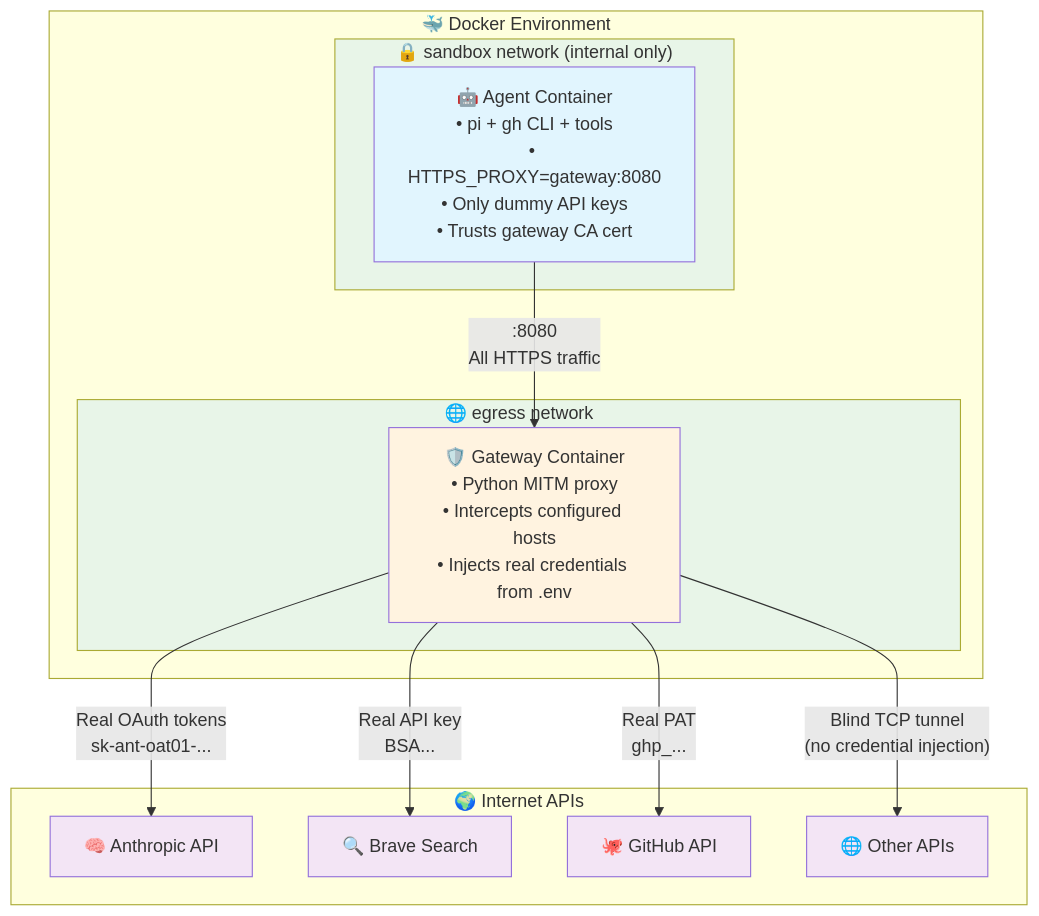
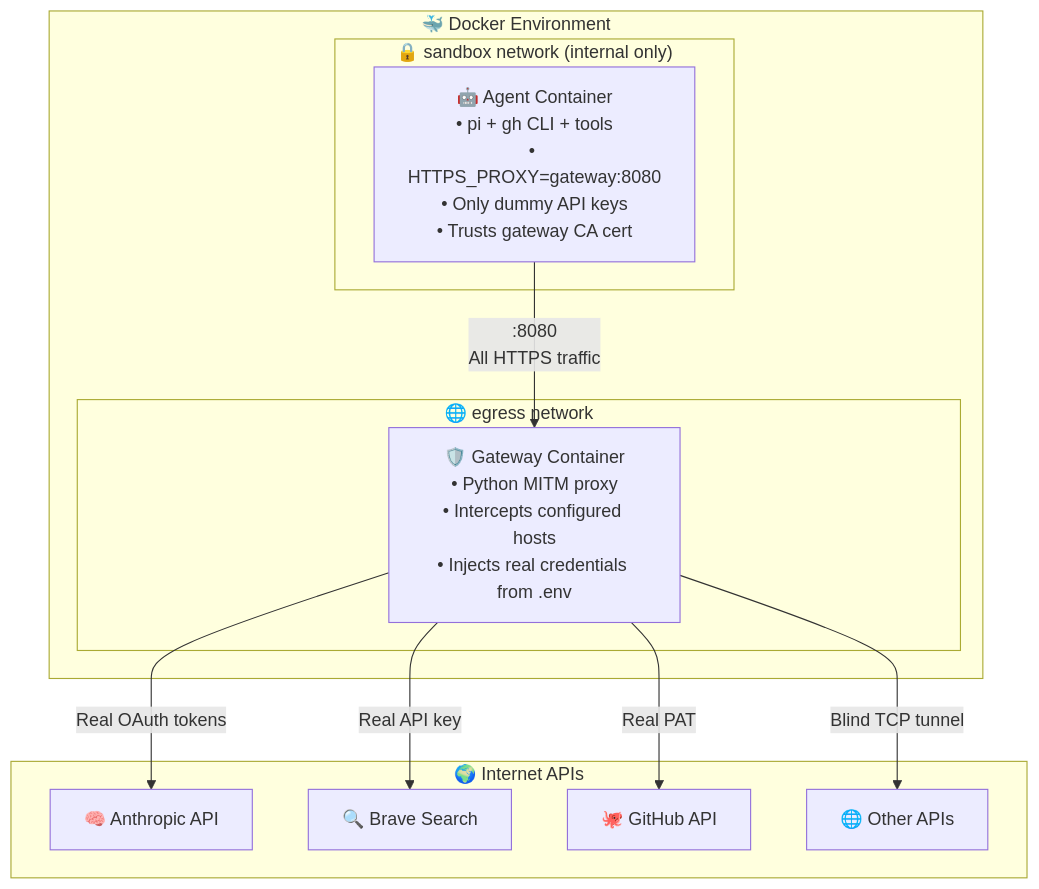
One commit to SayreBlades/truman changed the diagram in README.md. Above: the diagram before and after it, drawn with Mermaid. The commit also changed other lines of this file and 26 other files, not shown here.

````diff
--- a/README.md
+++ b/README.md
@@ -31,36 +43,26 @@
 ```mermaid
 flowchart TB
     subgraph Docker["🐳 Docker Environment"]
         subgraph SandboxNet["🔒 sandbox network (internal only)"]
             Agent["🤖 Agent Container<br/>• pi + gh CLI + tools<br/>• HTTPS_PROXY=gateway:8080<br/>• Only dummy API keys<br/>• Trusts gateway CA cert"]
         end
         
         subgraph EgressNet["🌐 egress network"]
             Gateway["🛡️ Gateway Container<br/>• Python MITM proxy<br/>• Intercepts configured hosts<br/>• Injects real credentials from .env"]
         end
         
         Agent -->|":8080<br/>All HTTPS traffic"| Gateway
     end
     
     subgraph APIs["🌍 Internet APIs"]
         Anthropic["🧠 Anthropic API"]
         Brave["🔍 Brave Search"]
         GitHub["🐙 GitHub API"]
         Other["🌐 Other APIs"]
     end
     
-    Gateway -->|"Real OAuth tokens<br/>sk-ant-oat01-..."| Anthropic
-    Gateway -->|"Real API key<br/>BSA..."| Brave
-    Gateway -->|"Real PAT<br/>ghp_..."| GitHub
-    Gateway -->|"Blind TCP tunnel<br/>(no credential injection)"| Other
-    
-    classDef agent fill:#e1f5fe
-    classDef gateway fill:#fff3e0
-    classDef api fill:#f3e5f5
-    classDef network fill:#e8f5e8
-    
-    class Agent agent
-    class Gateway gateway
-    class Anthropic,Brave,GitHub,Other api
-    class SandboxNet,EgressNet network
+    Gateway -->|"Real OAuth tokens"| Anthropic
+    Gateway -->|"Real API key"| Brave
+    Gateway -->|"Real PAT"| GitHub
+    Gateway -->|"Blind TCP tunnel"| Other
 ```
````
